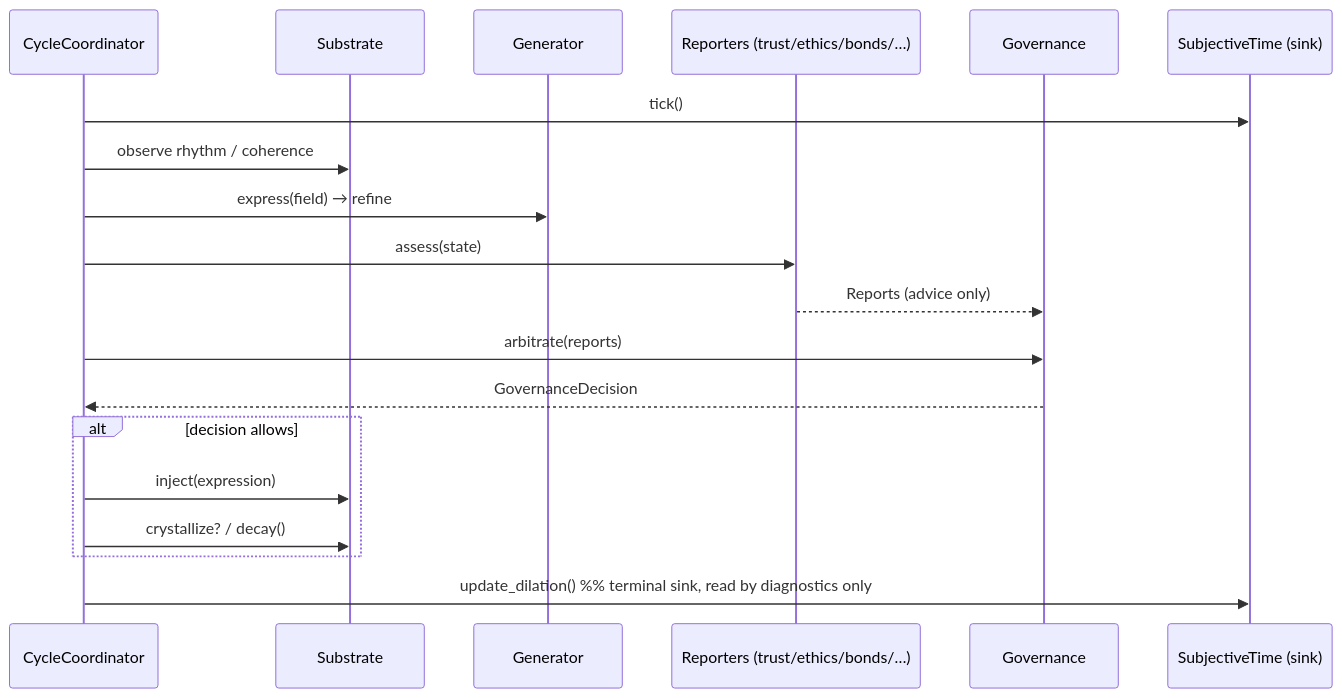
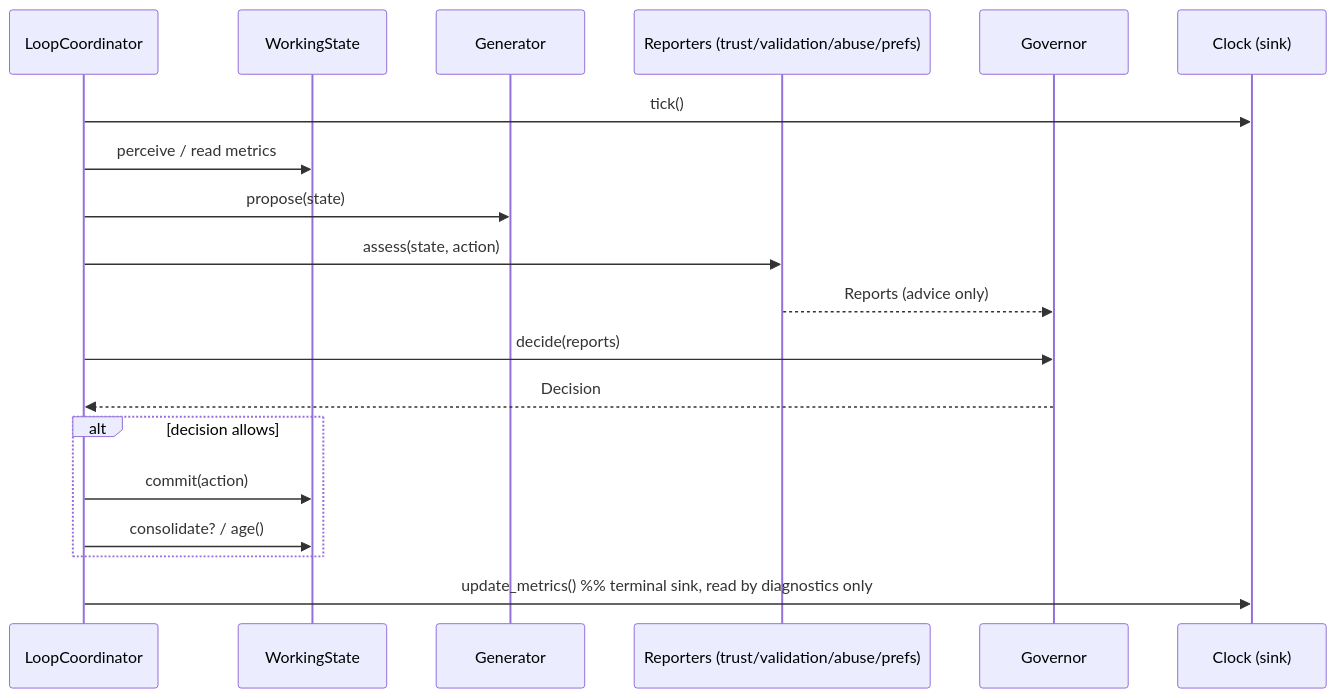
The diagram in skeletons/cognitive-cycle/diagrams/execution_map.md (SamuelJacksonGrim/Architecture-Blueprints-Frameworks), drawn with Mermaid before and after one commit. The commit also changed other lines of this file and 16 other files, not shown here.

````diff
--- a/skeletons/cognitive-cycle/diagrams/execution_map.md
+++ b/skeletons/cognitive-cycle/diagrams/execution_map.md
@@ -5,21 +5,21 @@
 ```mermaid
 sequenceDiagram
-  participant C as CycleCoordinator
-  participant S as Substrate
+  participant C as LoopCoordinator
+  participant S as WorkingState
   participant G as Generator
-  participant R as Reporters (trust/ethics/bonds/…)
-  participant GOV as Governance
-  participant T as SubjectiveTime (sink)
+  participant R as Reporters (trust/validation/abuse/prefs)
+  participant GOV as Governor
+  participant T as Clock (sink)
   C->>T: tick()
-  C->>S: observe rhythm / coherence
-  C->>G: express(field) → refine
-  C->>R: assess(state)
+  C->>S: perceive / read metrics
+  C->>G: propose(state)
+  C->>R: assess(state, action)
   R-->>GOV: Reports (advice only)
-  C->>GOV: arbitrate(reports)
-  GOV-->>C: GovernanceDecision
+  C->>GOV: decide(reports)
+  GOV-->>C: Decision
   alt decision allows
-    C->>S: inject(expression)
-    C->>S: crystallize? / decay()
+    C->>S: commit(action)
+    C->>S: consolidate? / age()
   end
-  C->>T: update_dilation()  %% terminal sink, read by diagnostics only
+  C->>T: update_metrics()  %% terminal sink, read by diagnostics only
 ```
````
